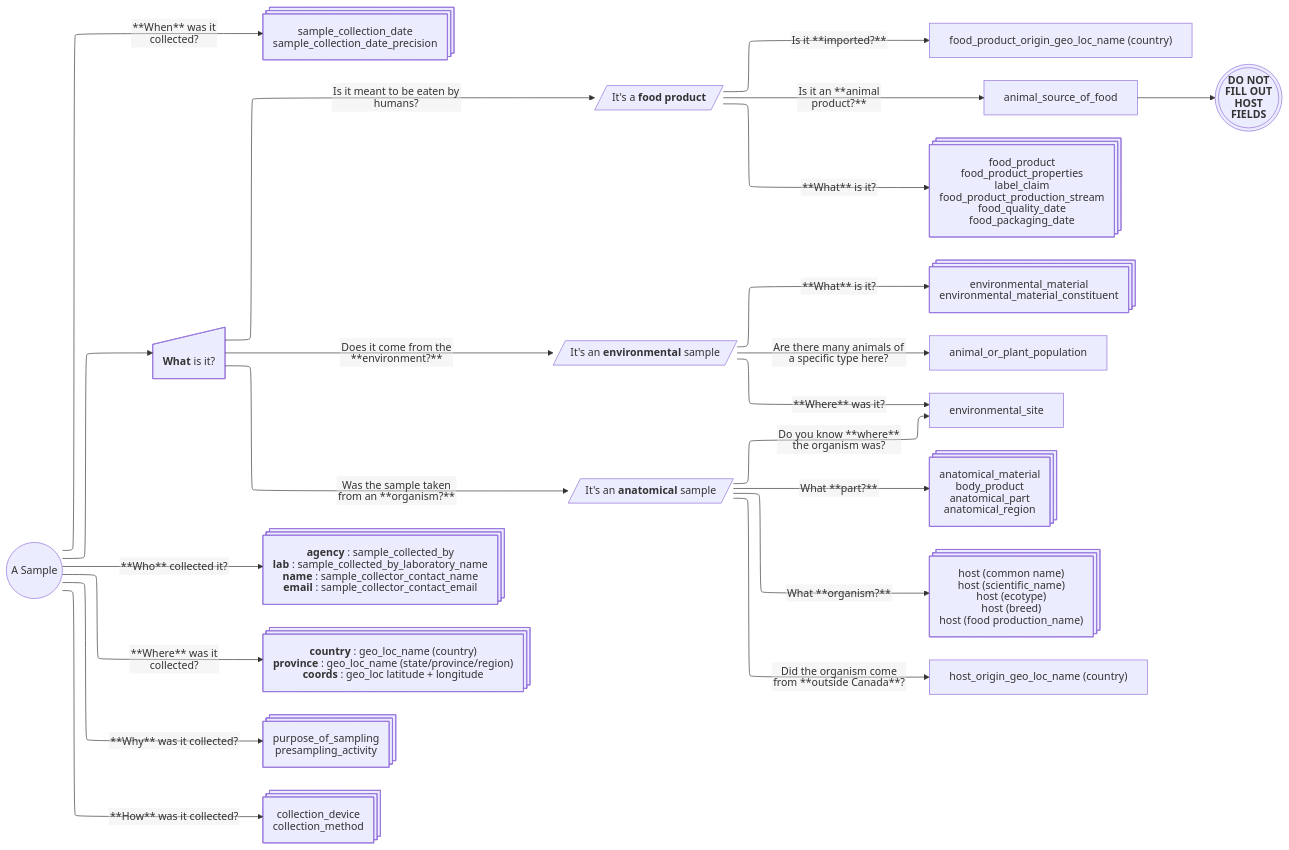
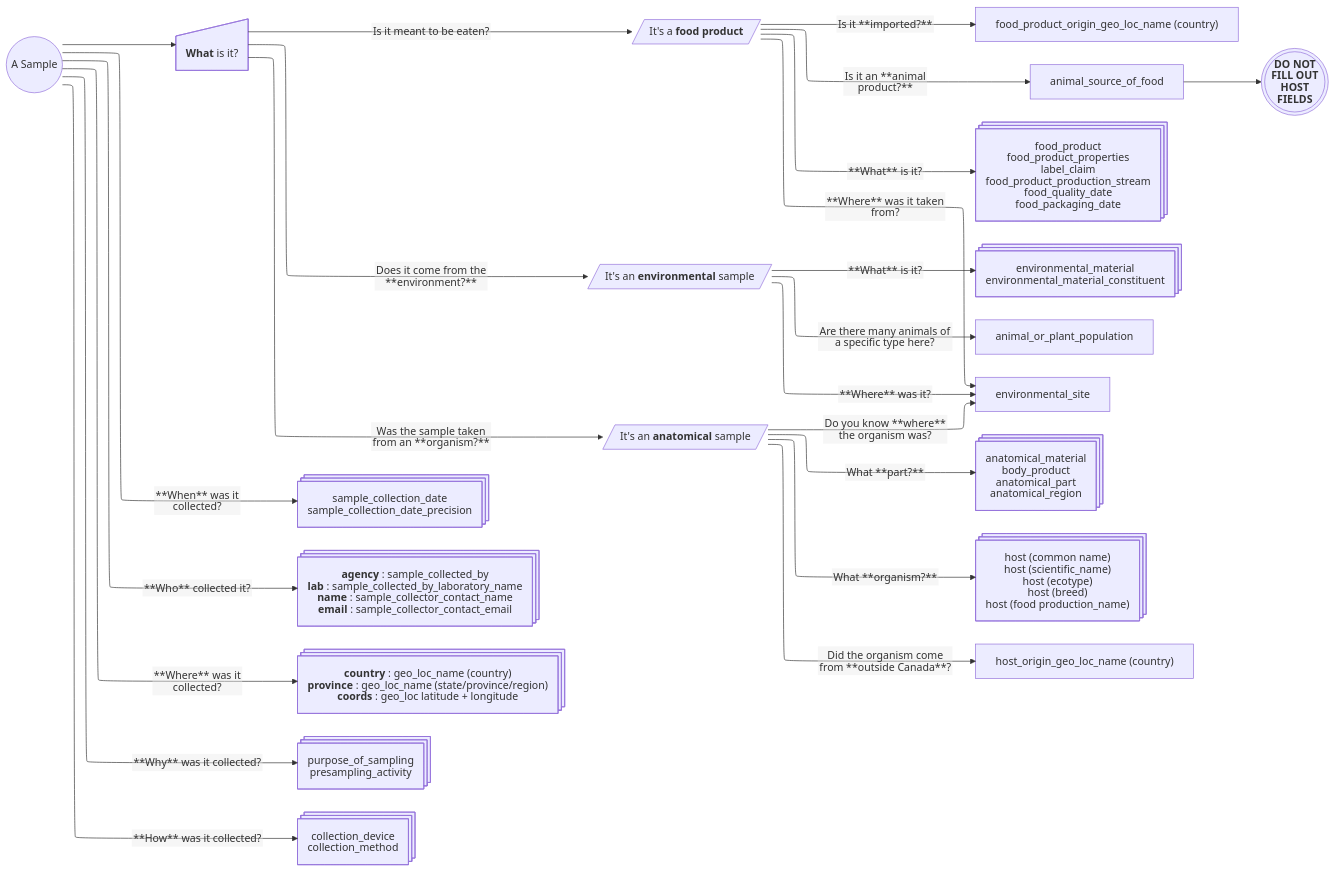
The diagram in diagrams/sample_field_guide.mmd (grdi-amr/docs-and-SOPs), drawn with Mermaid before and after one commit. The commit also changed 1 other file, not shown here.

Commit message:
changes food product instruction, and adds link to env_site

```diff
--- a/diagrams/sample_field_guide.mmd
+++ b/diagrams/sample_field_guide.mmd
@@ -1,71 +1,72 @@
 ---
 config:
     htmlLabels: false
     markdownAutoWrap: false
     flowchart:
       wrappingWidth: 1000
       defaultRenderer: elk
 ---
 graph LR
 
 sam@{shape: circle,  label: "A Sample"}
 what@{shape: manual-input, label: "**What** is it?"}
 when@{shape: procs, label: "sample_collection_date
                             sample_collection_date_precision"}
 who@{shape: procs, label: "**agency**: sample_collected_by
                            **lab**: sample_collected_by_laboratory_name
                            **name**: sample_collector_contact_name
                            **email**: sample_collector_contact_email"}
 where@{shape: procs, label: "**country**: geo_loc_name (country) 
                              **province**: geo_loc_name (state/province/region)
                              **coords**: geo_loc latitude + longitude"}
 why@{shape: procs, label: "purpose_of_sampling 
                            presampling_activity"}
 how@{shape: procs, label: "collection_device
                            collection_method"}
 
 food@{shape: lean-r, label: "It's a **food product**"}
 env@{shape: lean-r, label: "It's an **environmental** sample"}
 ana@{shape: lean-r, label: "It's an **anatomical** sample"}
 
 foodImport@{shape: proc, label: "food_product_origin_geo_loc_name (country)"}
 foodSource@{shape: proc, label: "animal_source_of_food"}
 foodFields@{shape: procs, label: "food_product
                                   food_product_properties 
                                   label_claim
                                   food_product_production_stream
                                   food_quality_date
                                   food_packaging_date"}
 envWhat@{shape: procs, label: "environmental_material 
                                environmental_material_constituent"}
 popField@{shape: proc, label: "animal_or_plant_population"}
 envWhere@{shape: proc, label: "environmental_site"}
 anaFields@{shape: procs, label: "anatomical_material
                                  body_product
                                  anatomical_part
                                  anatomical_region"}
 hostFields@{shape: procs, label: "host (common name)
                                   host (scientific_name)
                                   host (ecotype)
                                   host (breed)
                                   host (food production_name)"}
 hostOrigin@{shape: proc, label: "host_origin_geo_loc_name (country)"}
 
-sam --> what -->|"Is it meant to be eaten by humans?"| food -->|"Is it **imported?**"          | foodImport
-                                                       food -->|"**What** is it?"              | foodFields
-                                                       food -->|"Is it an **animal product?**" | foodSource --> a@{shape: dbl-circ, label: "**DO NOT 
-                                                                                                                                       FILL OUT 
-                                                                                                                                       HOST 
-                                                                                                                                       FIELDS**"}
+sam --> what -->|"Is it meant to be eaten?"| food -->|"Is it **imported?**"          | foodImport
+                                             food -->|"**What** is it?"              | foodFields
+                                             food -->|"**Where** was it taken from?" | envWhere
+                                             food -->|"Is it an **animal product?**" | foodSource --> a@{shape: dbl-circ, label: "**DO NOT 
+                                                                                                                                    FILL OUT 
+                                                                                                                                    HOST 
+                                                                                                                                    FIELDS**"}
         what -->|"Was the sample taken from an **organism?**"| ana -->|"What **part?**"                                | anaFields
                                                                ana -->|"What **organism?**"                            | hostFields
                                                                ana -->|"Do you know **where** the organism was?"       | envWhere
                                                                ana -->|"Did the organism come from **outside Canada**?"| hostOrigin
         what -->|"Does it come from the **environment?**"    | env -->|"**What** is it?"                                 | envWhat
                                                                env -->|"Are there many animals of a specific type here?" | popField
                                                                env -->|"**Where** was it?"                               | envWhere
 sam  -->|"**When** was it collected?"  | when
 sam  -->|"**Who** collected it?"       | who
 sam  -->|"**Where** was it collected?" | where
 sam  -->|"**Why** was it collected?"   | why
 sam  -->|"**How** was it collected?"   | how
```
